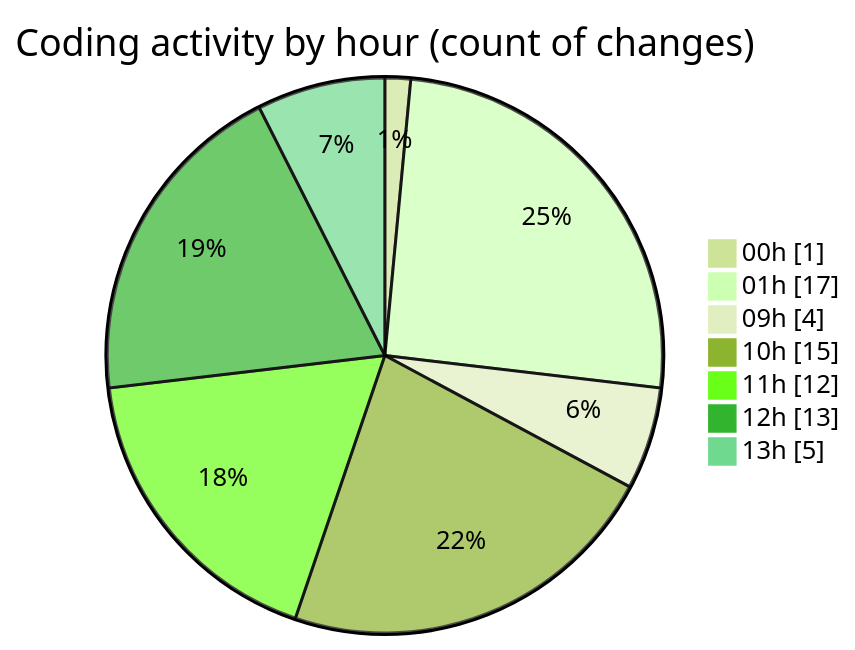
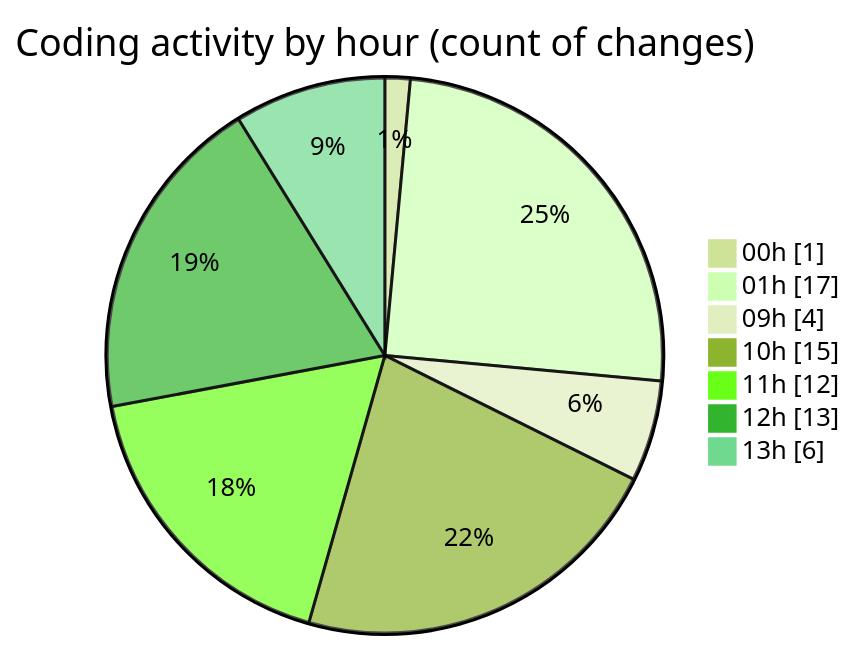
Before and after one commit to julien-gomy/code-tracking: the second of 2 diagrams in 2025-11-01/cdp_aleoudev_fr__workspace_/README.md, drawn with Mermaid (forest theme). The commit also changed other lines of this file and 1 other file, not shown here.

````diff
--- a/2025-11-01/cdp_aleoudev_fr__workspace_/README.md
+++ b/2025-11-01/cdp_aleoudev_fr__workspace_/README.md
@@ -38,11 +38,11 @@
 ```mermaid
 pie showData
 title Coding activity by hour (count of changes)
 "00h" : 1
 "01h" : 17
 "09h" : 4
 "10h" : 15
 "11h" : 12
 "12h" : 13
-"13h" : 5
+"13h" : 6
 ```
````
